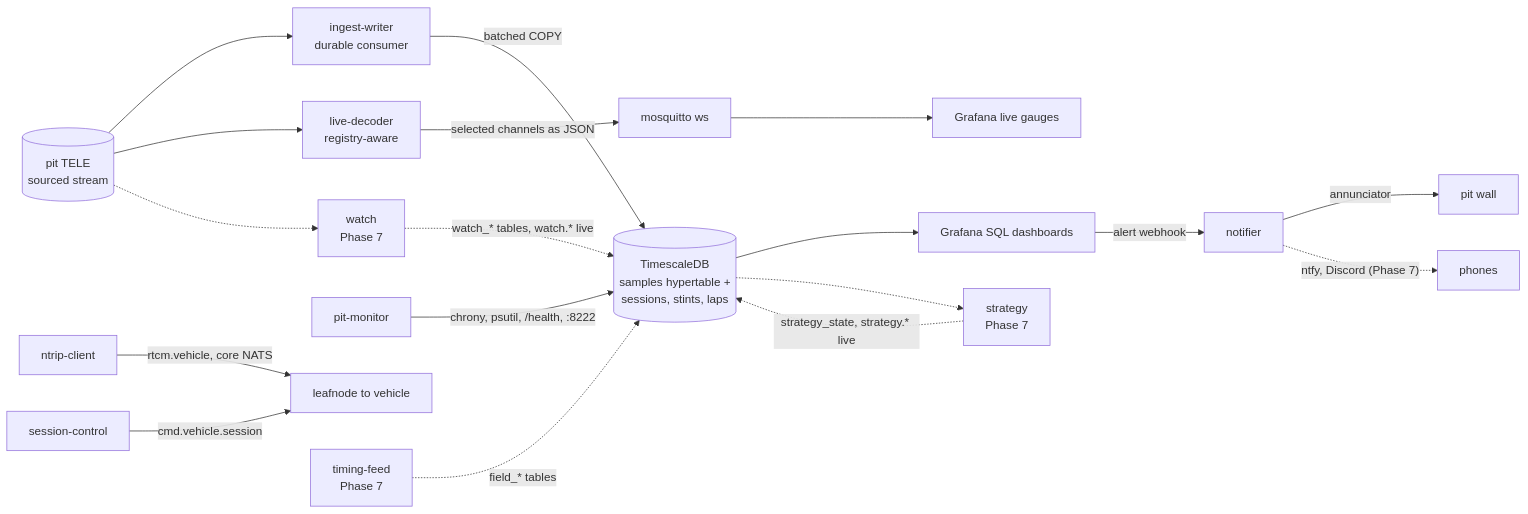
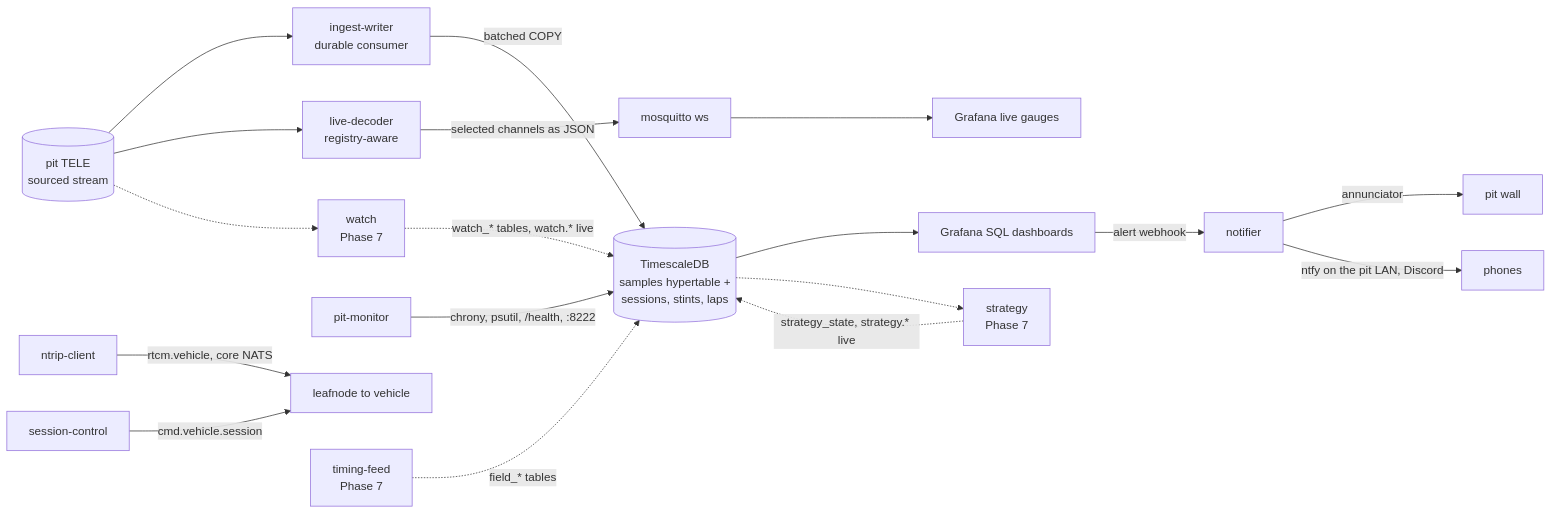
The third of 4 diagrams in docs/ARCHITECTURE.md (Robert-McMahon/openlaps), drawn with Mermaid before and after one commit. The commit also changed other lines of this file and 9 other files, not shown here.

First line of the commit message:
feat: phones — ntfy on the pit LAN and Discord behind the notifier (P7.3)

````diff
--- a/docs/ARCHITECTURE.md
+++ b/docs/ARCHITECTURE.md
@@ -118,16 +118,16 @@
 ```mermaid
 flowchart LR
   SRC[(pit TELE<br/>sourced stream)] --> W[ingest-writer<br/>durable consumer]
   W -- "batched COPY" --> DB[(TimescaleDB<br/>samples hypertable +<br/>sessions, stints, laps)]
   SRC --> L[live-decoder<br/>registry-aware]
   L -- "selected channels as JSON" --> M[mosquitto ws] --> G1[Grafana live gauges]
   DB --> G2[Grafana SQL dashboards]
   NC[ntrip-client] -- "rtcm.vehicle, core NATS" --> LEAF[leafnode to vehicle]
   S[session-control] -- "cmd.vehicle.session" --> LEAF
   PM[pit-monitor] -- "chrony, psutil, /health, :8222" --> DB
   SRC -.-> WT[watch<br/>Phase 7] -. "watch_* tables, watch.* live" .-> DB
   DB -.-> ST[strategy<br/>Phase 7] -. "strategy_state, strategy.* live" .-> DB
   TF[timing-feed<br/>Phase 7] -. "field_* tables" .-> DB
   G2 -- "alert webhook" --> NF[notifier] -- "annunciator" --> PH[pit wall]
-  NF -. "ntfy, Discord (Phase 7)" .-> PHONES[phones]
+  NF -- "ntfy on the pit LAN, Discord" --> PHONES[phones]
 ```
````
